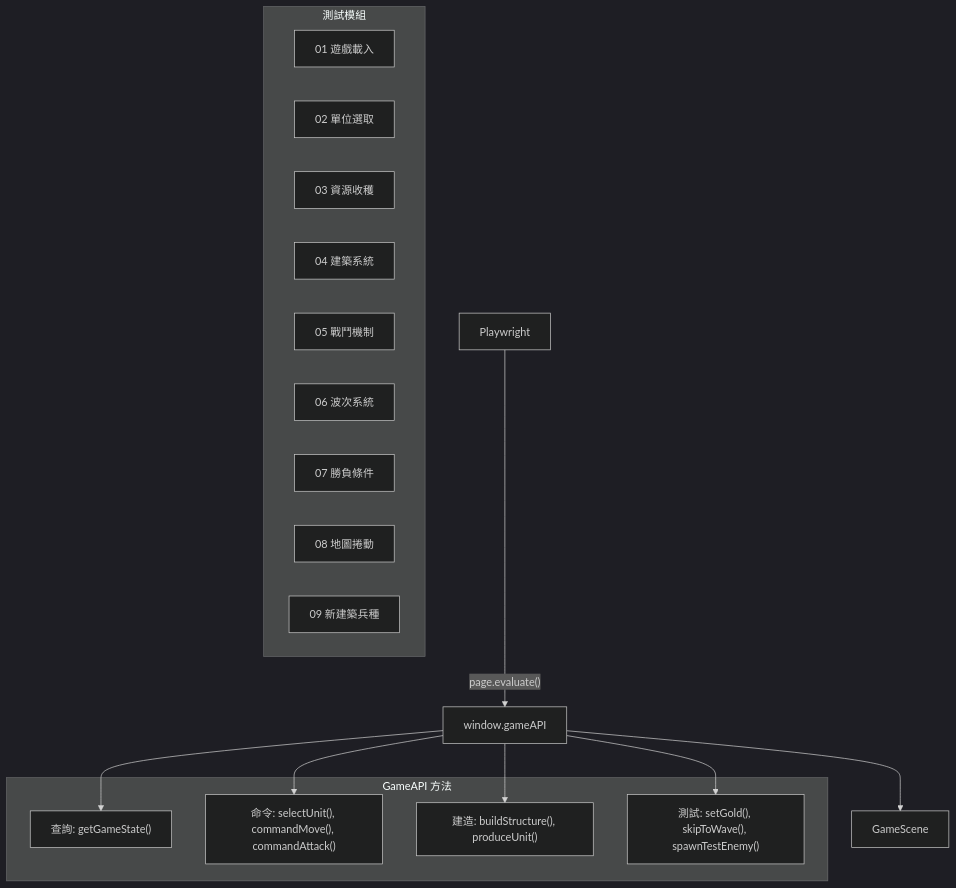
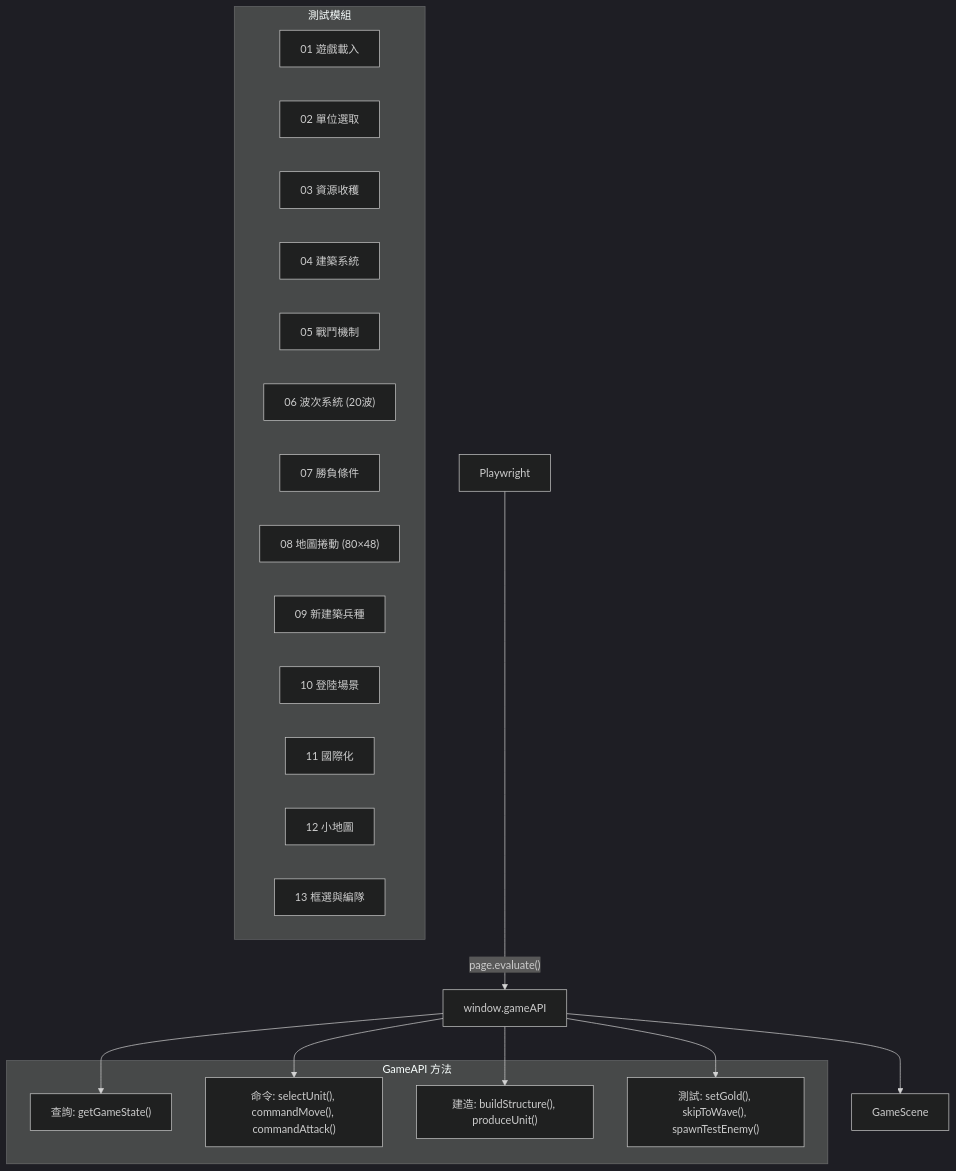
One commit to kamisan118/tiny_sword changed the ninth of 9 diagrams in docs/architecture.md. Above: the diagram before and after it, drawn with Mermaid (dark theme). The commit also changed other lines of this file and 3 other files, not shown here.

````diff
--- a/docs/architecture.md
+++ b/docs/architecture.md
@@ -426,29 +507,33 @@
 ```mermaid
 graph TB
     PW["Playwright"] -->|"page.evaluate()"| API["window.gameAPI"]
     API --> Scene["GameScene"]
 
     subgraph GameAPI 方法
         Q["查詢: getGameState()"]
         C["命令: selectUnit(), commandMove(), commandAttack()"]
         B["建造: buildStructure(), produceUnit()"]
         T["測試: setGold(), skipToWave(), spawnTestEnemy()"]
     end
 
     API --> Q
     API --> C
     API --> B
     API --> T
 
     subgraph 測試模組
         T1["01 遊戲載入"]
         T2["02 單位選取"]
         T3["03 資源收穫"]
         T4["04 建築系統"]
         T5["05 戰鬥機制"]
-        T6["06 波次系統"]
+        T6["06 波次系統 (20波)"]
         T7["07 勝負條件"]
-        T8["08 地圖捲動"]
+        T8["08 地圖捲動 (80×48)"]
         T9["09 新建築兵種"]
+        T10["10 登陸場景"]
+        T11["11 國際化"]
+        T12["12 小地圖"]
+        T13["13 框選與編隊"]
     end
 ```
````
